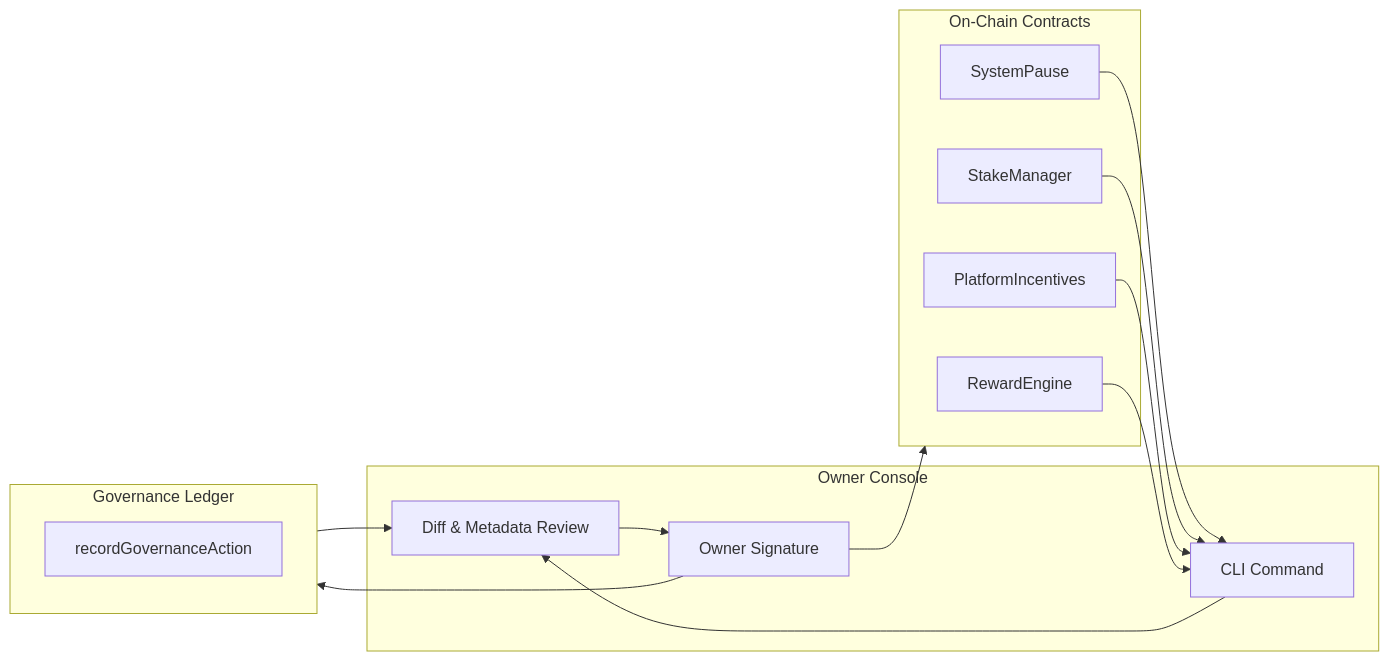
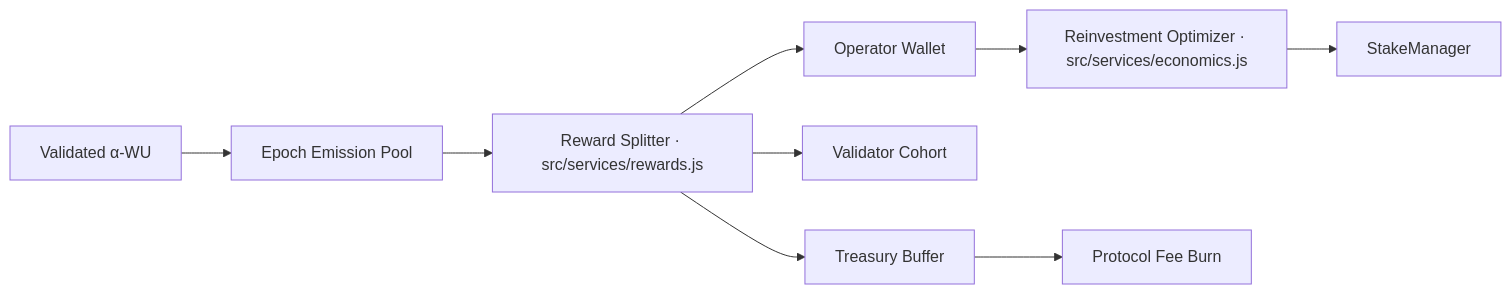
The second of 6 diagrams in docs/economics.md (MontrealAI/AGI-Alpha-Node-v0), drawn with Mermaid before and after one commit. The commit also changed other lines of this file, not shown here.

Commit message:
Refresh economics codex

````diff
--- a/docs/economics.md
+++ b/docs/economics.md
@@ -324,25 +166,11 @@
 ```mermaid
-flowchart LR
-  subgraph Owner[Owner Console]
-    Cmd[CLI Command]
-    Review[Diff & Metadata Review]
-    Sign[Owner Signature]
-  end
-  subgraph Ledger[Governance Ledger]
-    Record[recordGovernanceAction]
-  end
-  subgraph Chain[On-Chain Contracts]
-    PauseC[SystemPause]
-    StakeC[StakeManager]
-    IncentivesC[PlatformIncentives]
-    RewardC[RewardEngine]
-  end
-
-  Cmd --> Review --> Sign --> Chain
-  Sign --> Ledger
-  Ledger --> Review
-  PauseC --> Cmd
-  StakeC --> Cmd
-  IncentivesC --> Cmd
-  RewardC --> Cmd
+graph LR
+  AlphaWU[Validated α-WU] --> EmissionPool[Epoch Emission Pool]
+  EmissionPool --> Splitter[Reward Splitter · src/services/rewards.js]
+  Splitter --> Operator[Operator Wallet]
+  Splitter --> Validators[Validator Cohort]
+  Splitter --> Treasury[Treasury Buffer]
+  Operator --> Optimizer[Reinvestment Optimizer · src/services/economics.js]
+  Optimizer --> StakeManager
+  Treasury --> Burns[Protocol Fee Burn]
 ```
````
